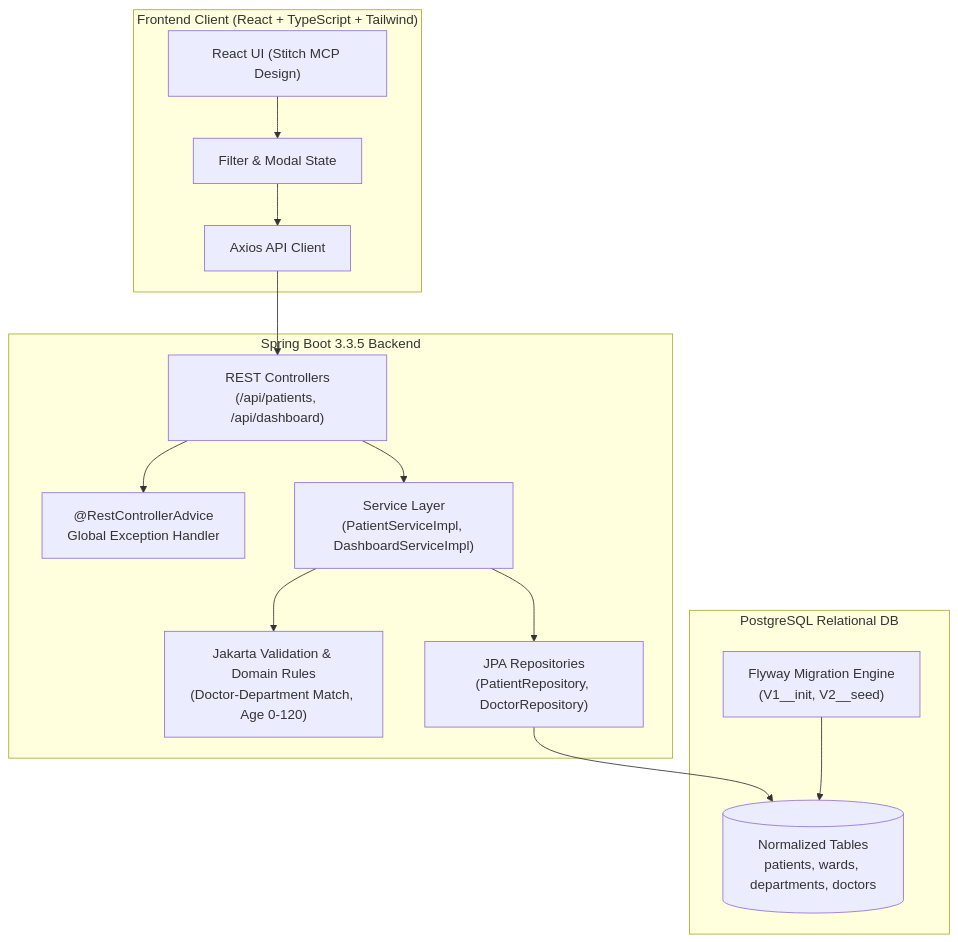
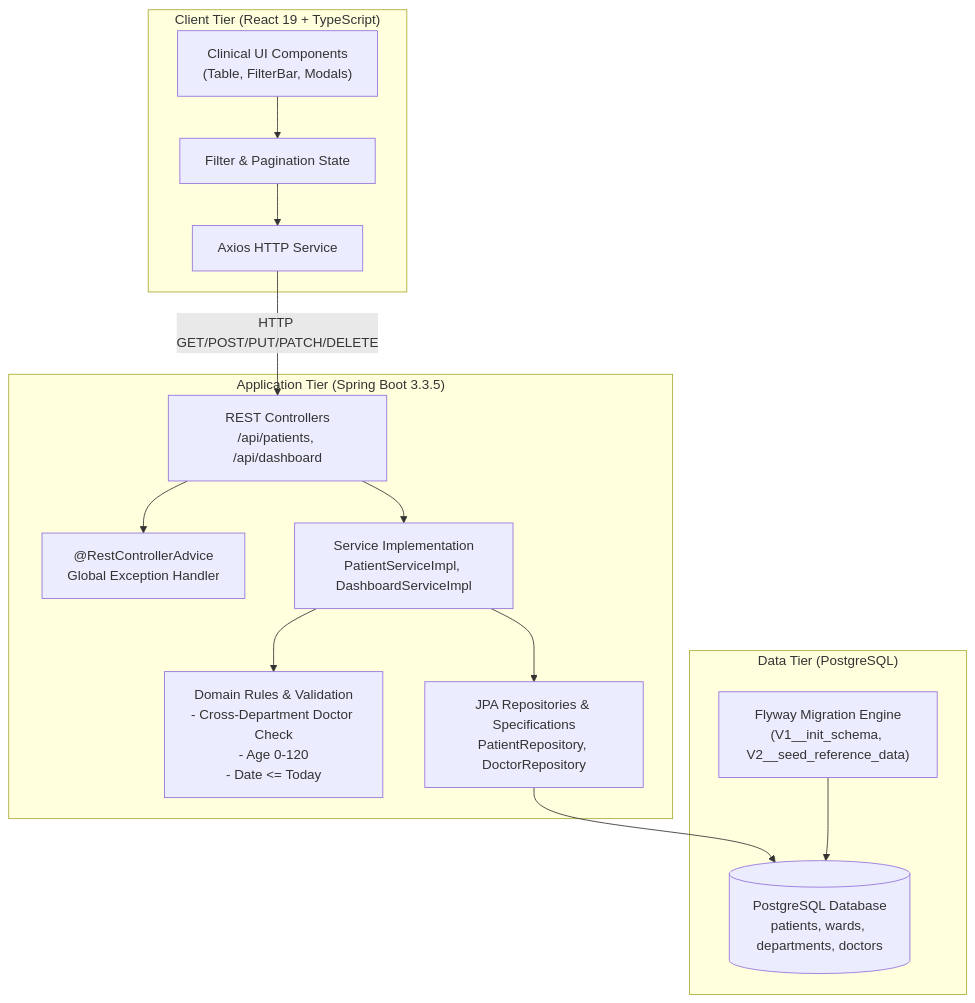
One commit to shivarajrathod08/mediflow-patient-admission-management changed the first of 2 diagrams in README.md. Above: the diagram before and after it, drawn with Mermaid. The commit also changed other lines of this file and 14 other files, not shown here.

````diff
--- a/README.md
+++ b/README.md
@@ -85,30 +158,31 @@
 ```mermaid
 flowchart TD
-    subgraph Frontend["Frontend Client (React + TypeScript + Tailwind)"]
-        UI["React UI (Stitch MCP Design)"]
-        State["Filter & Modal State"]
-        Axios["Axios API Client"]
-        UI --> State --> Axios
+    subgraph Client["Client Tier (React 19 + TypeScript)"]
+        UI["Clinical UI Components\n(Table, FilterBar, Modals)"]
+        State["Filter & Pagination State"]
+        AxiosClient["Axios HTTP Service"]
+        UI --> State --> AxiosClient
     end
 
-    subgraph Backend["Spring Boot 3.3.5 Backend"]
-        Controller["REST Controllers\n(/api/patients, /api/dashboard)"]
-        ExceptionHandler["@RestControllerAdvice\nGlobal Exception Handler"]
-        Service["Service Layer\n(PatientServiceImpl, DashboardServiceImpl)"]
-        Validation["Jakarta Validation & Domain Rules\n(Doctor-Department Match, Age 0-120)"]
-        Repo["JPA Repositories\n(PatientRepository, DoctorRepository)"]
+    subgraph Server["Application Tier (Spring Boot 3.3.5)"]
+        Controllers["REST Controllers\n/api/patients, /api/dashboard"]
+        GlobalHandler["@RestControllerAdvice\nGlobal Exception Handler"]
+        Services["Service Implementation\nPatientServiceImpl, DashboardServiceImpl"]
+        BusinessValidation["Domain Rules & Validation\n- Cross-Department Doctor Check\n- Age 0-120\n- Date <= Today"]
+        Repositories["JPA Repositories & Specifications\nPatientRepository, DoctorRepository"]
 
-        Axios --> Controller
-        Controller --> ExceptionHandler
-        Controller --> Service
-        Service --> Validation
-        Service --> Repo
+        AxiosClient -->|HTTP GET/POST/PUT/PATCH/DELETE| Controllers
+        Controllers --> GlobalHandler
+        Controllers --> Services
+        Services --> BusinessValidation
+        Services --> Repositories
     end
 
-    subgraph Database["PostgreSQL Relational DB"]
-        Flyway["Flyway Migration Engine\n(V1__init, V2__seed)"]
-        Tables[("Normalized Tables\npatients, wards, departments, doctors")]
-        Repo --> Tables
-        Flyway --> Tables
+    subgraph Persistence["Data Tier (PostgreSQL)"]
+        FlywayEngine["Flyway Migration Engine\n(V1__init_schema, V2__seed_reference_data)"]
+        Database[("PostgreSQL Database\npatients, wards, departments, doctors")]
+
+        Repositories --> Database
+        FlywayEngine --> Database
     end
 ```
````
